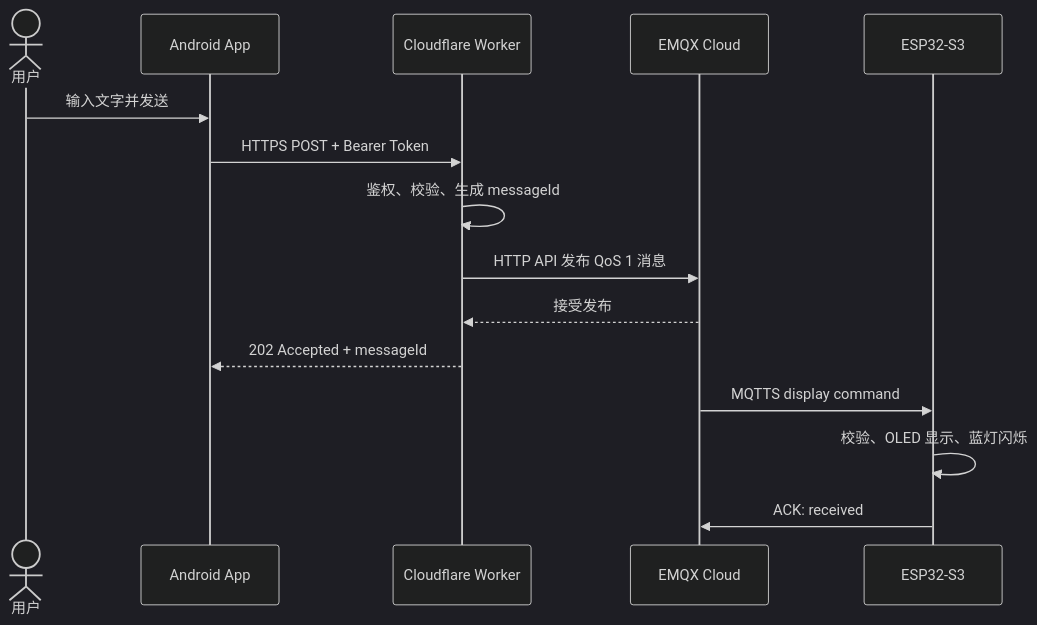
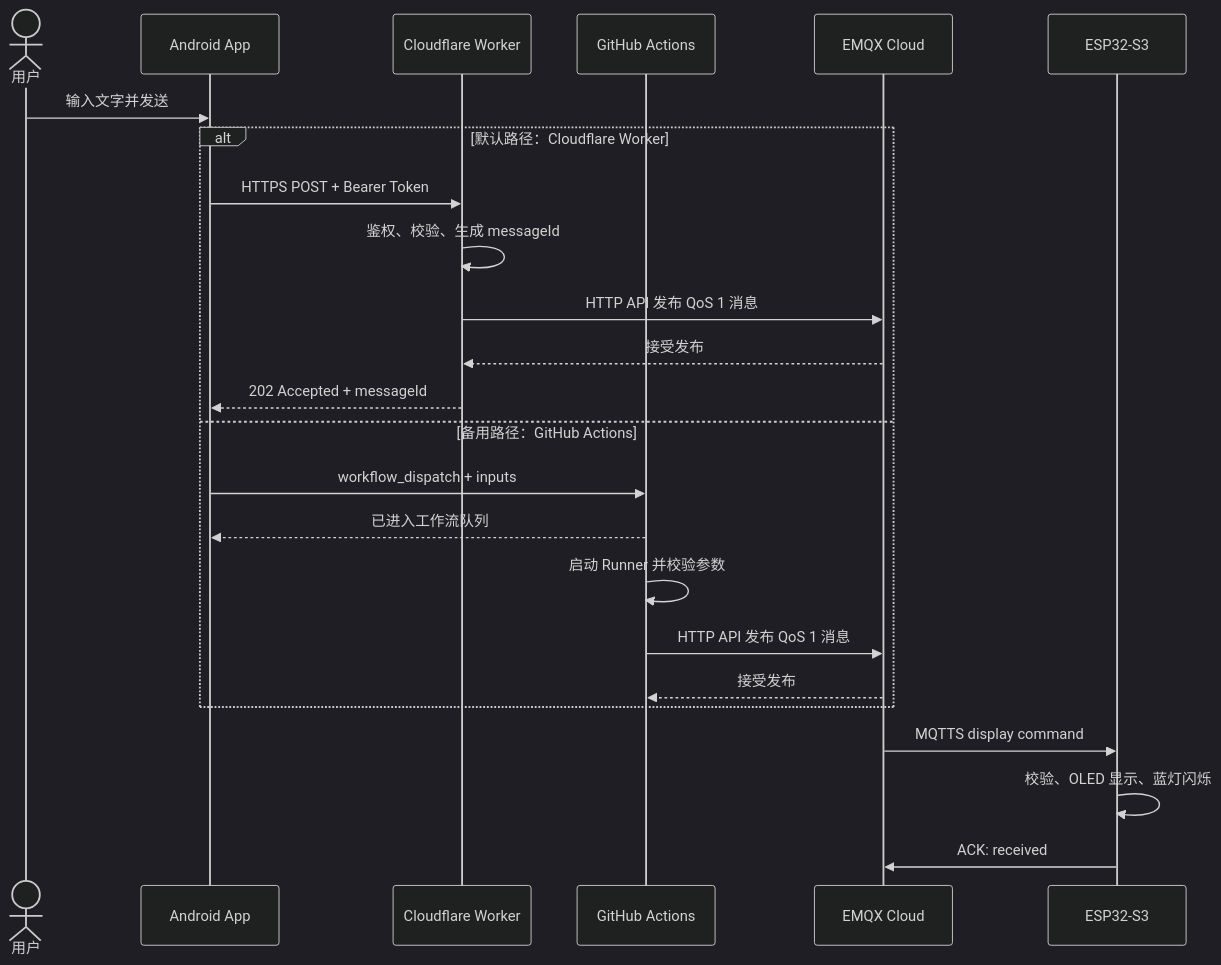
Before and after one commit to sRect/esp32: the third of 3 diagrams in README.md, drawn with Mermaid (dark theme). The commit also changed other lines of this file, not shown here.

First line of the commit message:
docs: Document GitHub Actions message delivery

````diff
--- a/README.md
+++ b/README.md
@@ -436,18 +448,27 @@
 ```mermaid
 sequenceDiagram
     actor User as 用户
     participant App as Android App
     participant Worker as Cloudflare Worker
+    participant Actions as GitHub Actions
     participant EMQX as EMQX Cloud
     participant ESP as ESP32-S3
 
     User->>App: 输入文字并发送
-    App->>Worker: HTTPS POST + Bearer Token
-    Worker->>Worker: 鉴权、校验、生成 messageId
-    Worker->>EMQX: HTTP API 发布 QoS 1 消息
-    EMQX-->>Worker: 接受发布
-    Worker-->>App: 202 Accepted + messageId
+    alt 默认路径：Cloudflare Worker
+        App->>Worker: HTTPS POST + Bearer Token
+        Worker->>Worker: 鉴权、校验、生成 messageId
+        Worker->>EMQX: HTTP API 发布 QoS 1 消息
+        EMQX-->>Worker: 接受发布
+        Worker-->>App: 202 Accepted + messageId
+    else 备用路径：GitHub Actions
+        App->>Actions: workflow_dispatch + inputs
+        Actions-->>App: 已进入工作流队列
+        Actions->>Actions: 启动 Runner 并校验参数
+        Actions->>EMQX: HTTP API 发布 QoS 1 消息
+        EMQX-->>Actions: 接受发布
+    end
     EMQX->>ESP: MQTTS display command
     ESP->>ESP: 校验、OLED 显示、蓝灯闪烁
     ESP->>EMQX: ACK: received
 ```
````
